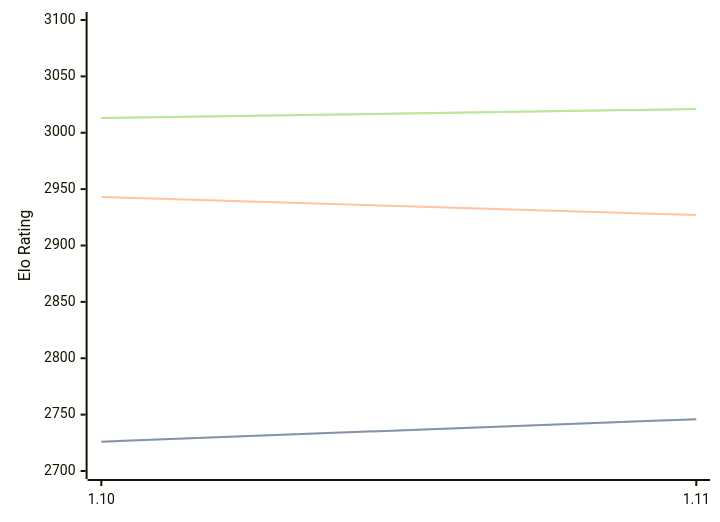
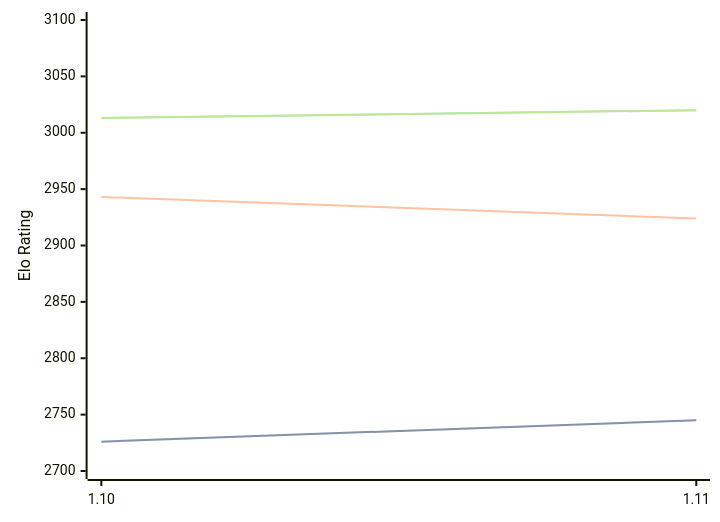
One commit to computer-chess-index/cci changed the first of 3 diagrams in engines/Roc.md. Above: the diagram before and after it, drawn with Mermaid. The commit also changed other lines of this file, not shown here.

Commit message:
Update CCI Ratings (ELO VLTC) - 2026-06-19

````diff
--- a/engines/Roc.md
+++ b/engines/Roc.md
@@ -65,11 +65,11 @@
 ```mermaid
 %%{init: {"theme":"base","themeVariables":{"seriesColors:['#a3a3a3','#222221','#faa371']}}}%%
 xychart-beta
   x-axis ["1.10", "1.11"]
   y-axis "Elo Rating" 2700 --> 3100
-  line "STC (8.0+0.08s)" [2726, 2746]
-  line "STC (8.0+0.08s)" [2726, 2746]
-  line "LTC (60.0+0.60s)" [2943, 2927]
-  line "VLTC (2m24s+1.12s)" [3013, 3021]
-  line "VLTC (2m24s+1.12s)" [3013, 3021]
+  line "STC (8.0+0.08s)" [2726, 2745]
+  line "STC (8.0+0.08s)" [2726, 2745]
+  line "LTC (60.0+0.60s)" [2943, 2924]
+  line "VLTC (2m24s+1.12s)" [3013, 3020]
+  line "VLTC (2m24s+1.12s)" [3013, 3020]
 ```
````
